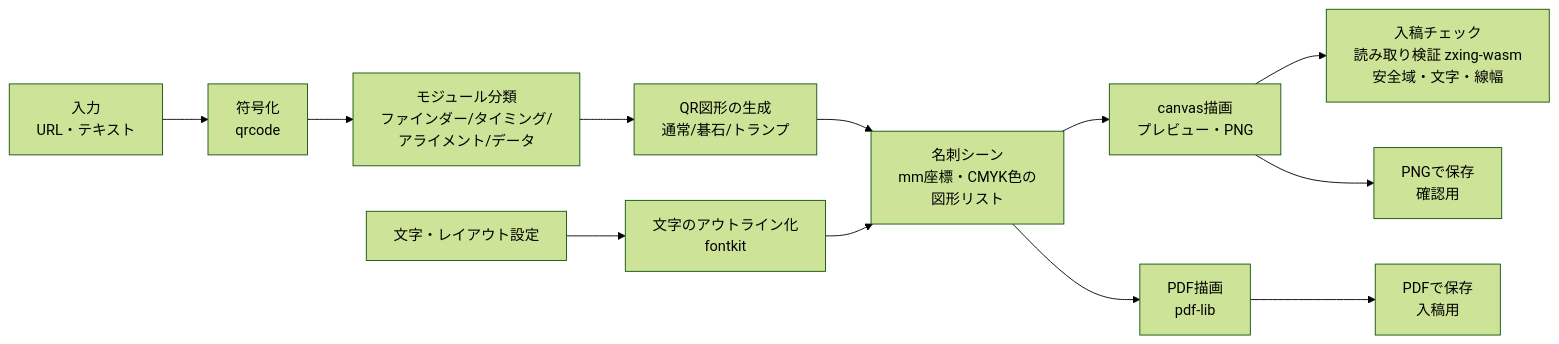
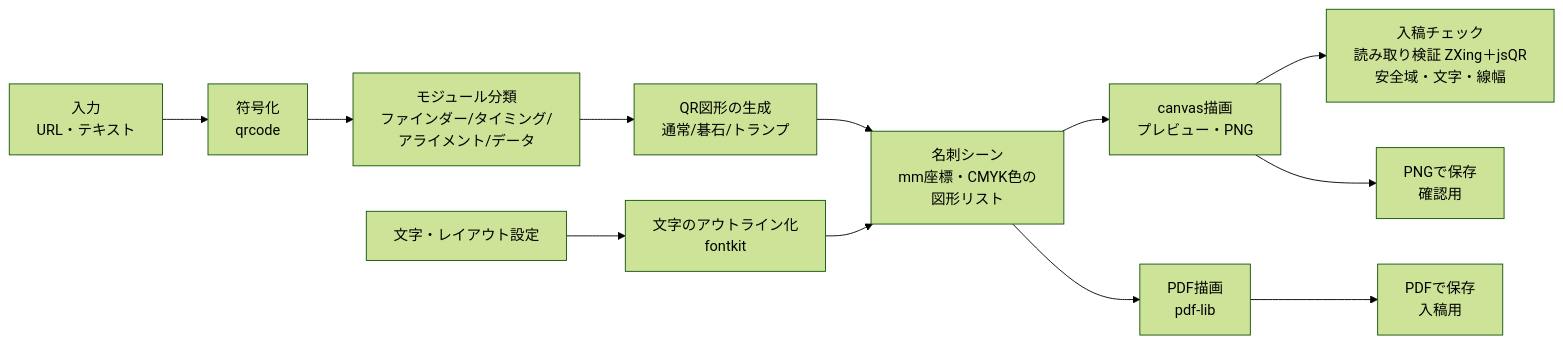
Before and after one commit to kaznaritanaka-ctrl/QRcode-Converter: the diagram in docs/DESIGN.md, drawn with Mermaid (forest theme). The commit also changed other lines of this file and 2 other files, not shown here.

````diff
--- a/docs/DESIGN.md
+++ b/docs/DESIGN.md
@@ -133,14 +173,14 @@
 ```mermaid
 flowchart LR
   A[入力<br/>URL・テキスト] --> B[符号化<br/>qrcode]
   B --> C[モジュール分類<br/>ファインダー/タイミング/<br/>アライメント/データ]
   C --> D[QR図形の生成<br/>通常/碁石/トランプ]
   T[文字・レイアウト設定] --> O[文字のアウトライン化<br/>fontkit]
   D --> S[名刺シーン<br/>mm座標・CMYK色の<br/>図形リスト]
   O --> S
   S --> P1[canvas描画<br/>プレビュー・PNG]
   S --> P2[PDF描画<br/>pdf-lib]
-  P1 --> V[入稿チェック<br/>読み取り検証 zxing-wasm<br/>安全域・文字・線幅]
+  P1 --> V[入稿チェック<br/>読み取り検証 ZXing＋jsQR<br/>安全域・文字・線幅]
   P2 --> E1[PDFで保存<br/>入稿用]
   P1 --> E2[PNGで保存<br/>確認用]
 ```
````
